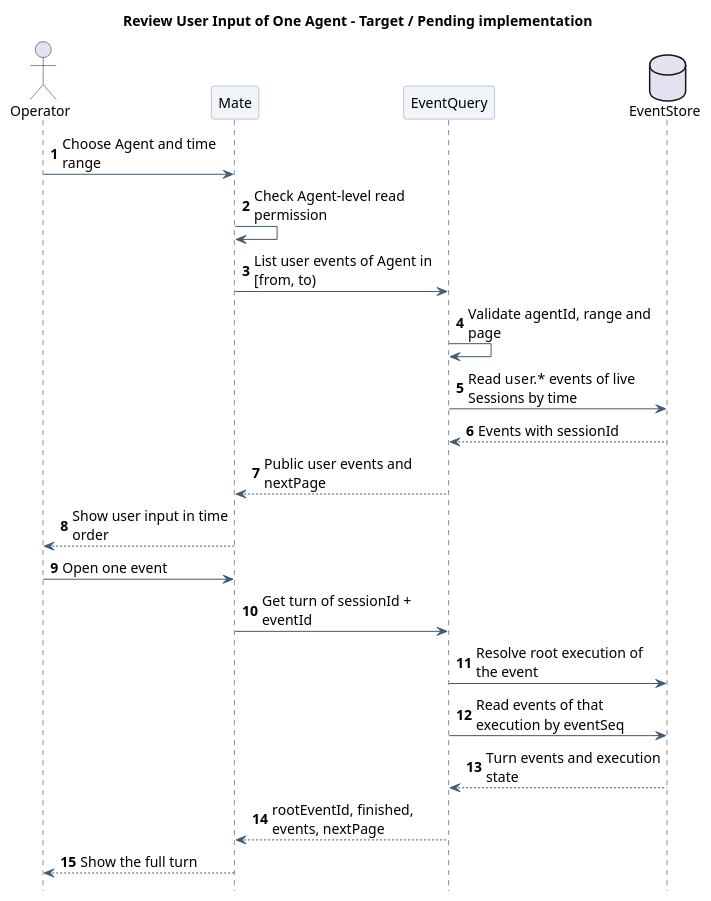
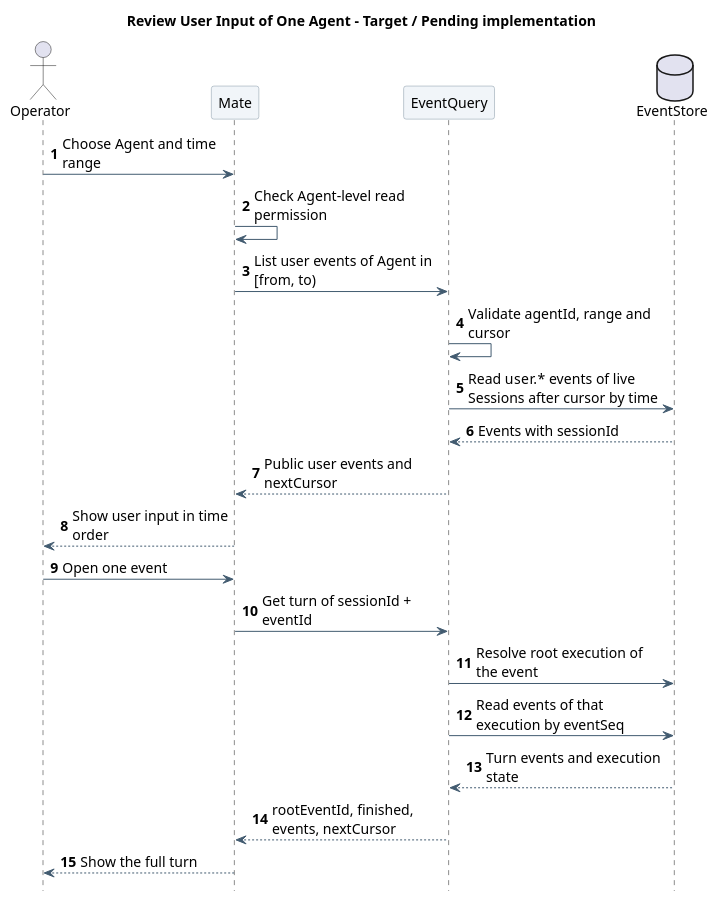
Before and after one commit to ssm0808/pi-mono-java-design: the first of 3 diagrams in 01-总体架构/01-CampusClaw多Agent运行时/设计图/Agent用户事件查询/diagram.puml, drawn with PlantUML. The commit also changed other lines of this file and 5 other files, not shown here.

```diff
--- a/01-总体架构/01-CampusClaw多Agent运行时/设计图/Agent用户事件查询/diagram.puml
+++ b/01-总体架构/01-CampusClaw多Agent运行时/设计图/Agent用户事件查询/diagram.puml
@@ -1,42 +1,42 @@
 @startuml agent_user_events_overview
 ' Source evidence: pi-mono-java main 769e86592285f4a25b0febaf551eddea6bc7212c
 ' modules/coding-agent-cli/src/main/java/com/campusclaw/codingagent/runtimeapi/
 ' web/RuntimeEventController.java:list
 ' event/CommittedEventQueryService.java:list,pageOf
 ' event/CommittedEventProjection.java:project
 ' persistence/MyBatisRuntimeExecutionControlRepository.java:linkCommittedEvent
 ' Observed behavior: events are read per Session only; turns exist as root executions and segment links.
 ' Design reason: Mate reviews user input per Agent first, then opens one turn on demand.
 ' Pending implementation: both read operations and the agent_id event index.
 skinparam backgroundColor white
 skinparam defaultFontName SansSerif
 skinparam defaultFontSize 14
 skinparam shadowing false
 skinparam ArrowColor #425B70
 skinparam sequenceParticipantBackgroundColor #F1F5F9
 skinparam sequenceParticipantBorderColor #8496A4
 skinparam sequenceMessageAlign left
 skinparam maxMessageSize 190
 hide footbox
 autonumber
 title Review User Input of One Agent - Target / Pending implementation
 actor "Operator" as Operator
 participant "Mate" as Mate
 participant "EventQuery" as Query
 database "EventStore" as Store
 Operator -> Mate : Choose Agent and time range
 Mate -> Mate : Check Agent-level read permission
 Mate -> Query : List user events of Agent in [from, to)
-Query -> Query : Validate agentId, range and page
-Query -> Store : Read user.* events of live Sessions by time
+Query -> Query : Validate agentId, range and cursor
+Query -> Store : Read user.* events of live Sessions after cursor by time
 Store --> Query : Events with sessionId
-Query --> Mate : Public user events and nextPage
+Query --> Mate : Public user events and nextCursor
 Mate --> Operator : Show user input in time order
 Operator -> Mate : Open one event
 Mate -> Query : Get turn of sessionId + eventId
 Query -> Store : Resolve root execution of the event
 Query -> Store : Read events of that execution by eventSeq
 Store --> Query : Turn events and execution state
-Query --> Mate : rootEventId, finished, events, nextPage
+Query --> Mate : rootEventId, finished, events, nextCursor
 Mate --> Operator : Show the full turn
 @enduml
```
